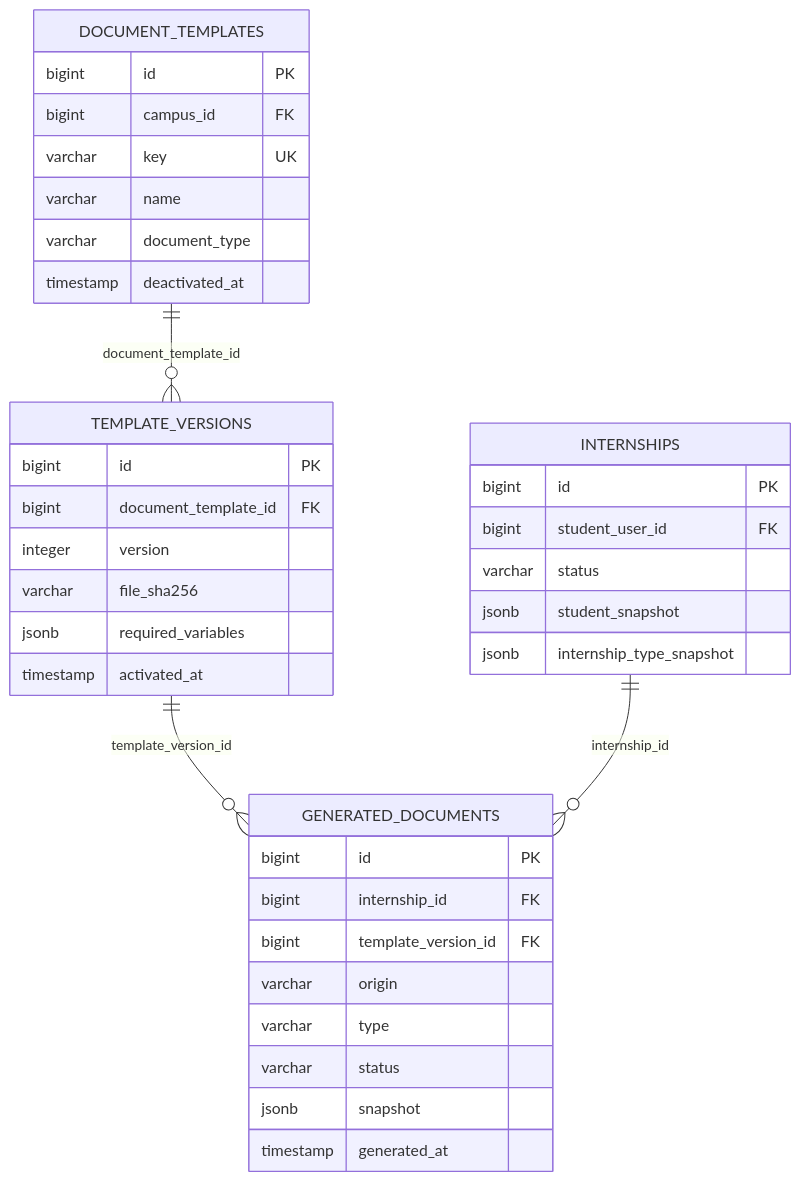
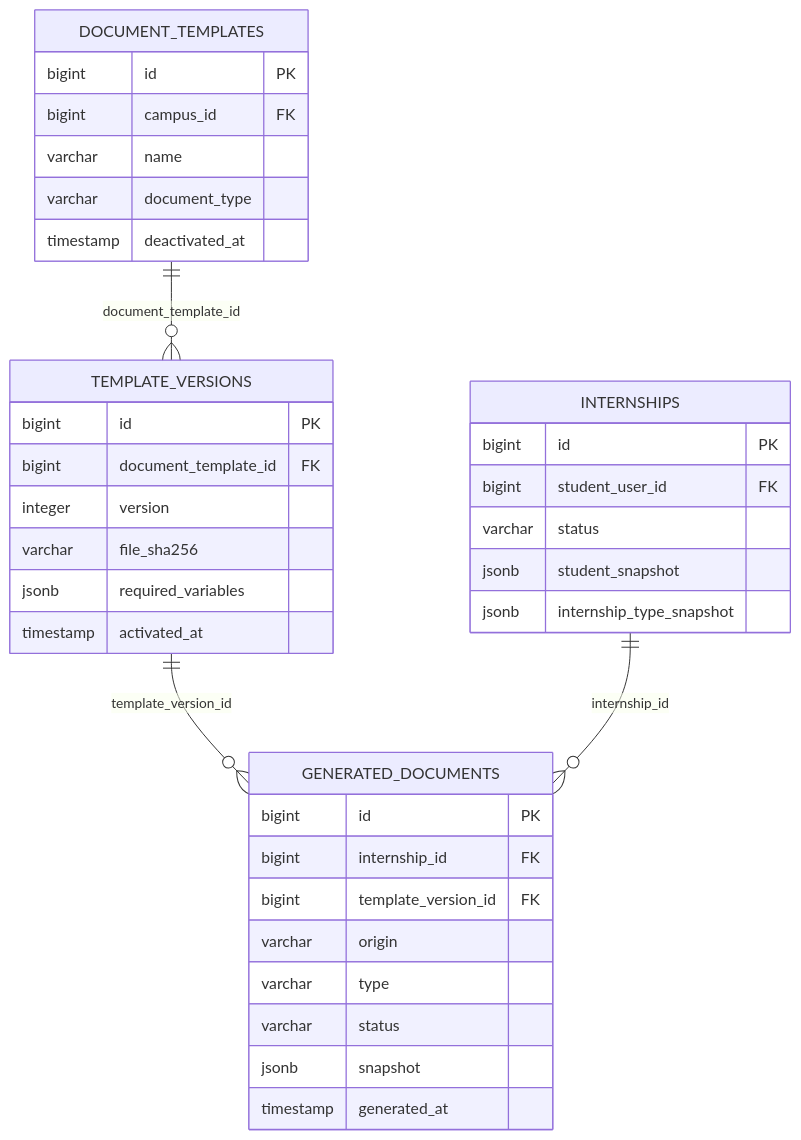
One commit to sge-suite/docs changed the diagram in docs/diagrams/sources/modelo-documentos-schema.mmd. Above: the diagram before and after it, drawn with Mermaid. The commit also changed 4 other files, not shown here.

```diff
--- a/docs/diagrams/sources/modelo-documentos-schema.mmd
+++ b/docs/diagrams/sources/modelo-documentos-schema.mmd
@@ -1,38 +1,37 @@
 erDiagram
     DOCUMENT_TEMPLATES ||--o{ TEMPLATE_VERSIONS : document_template_id
     TEMPLATE_VERSIONS ||--o{ GENERATED_DOCUMENTS : template_version_id
     INTERNSHIPS ||--o{ GENERATED_DOCUMENTS : internship_id
 
     DOCUMENT_TEMPLATES {
         bigint id PK
         bigint campus_id FK
-        varchar key UK
         varchar name
         varchar document_type
         timestamp deactivated_at
     }
     TEMPLATE_VERSIONS {
         bigint id PK
         bigint document_template_id FK
         integer version
         varchar file_sha256
         jsonb required_variables
         timestamp activated_at
     }
     INTERNSHIPS {
         bigint id PK
         bigint student_user_id FK
         varchar status
         jsonb student_snapshot
         jsonb internship_type_snapshot
     }
     GENERATED_DOCUMENTS {
         bigint id PK
         bigint internship_id FK
         bigint template_version_id FK
         varchar origin
         varchar type
         varchar status
         jsonb snapshot
         timestamp generated_at
     }
```
